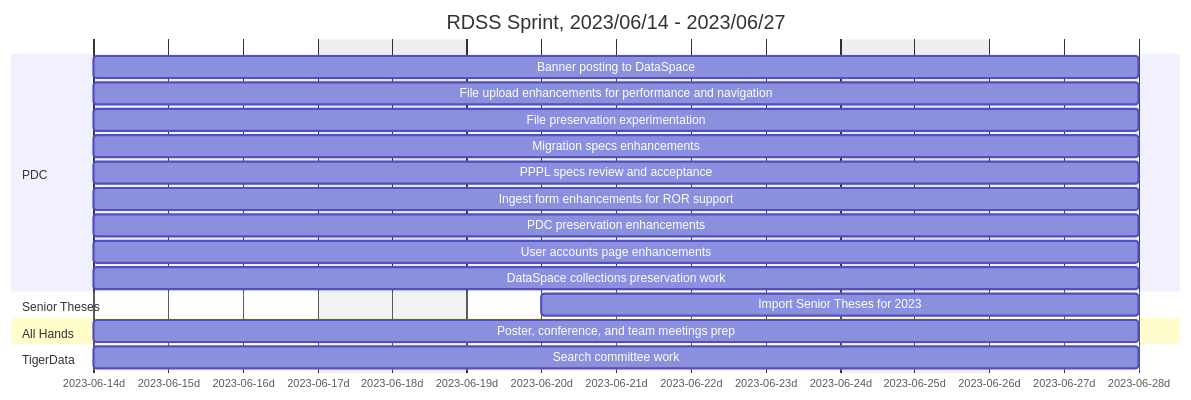
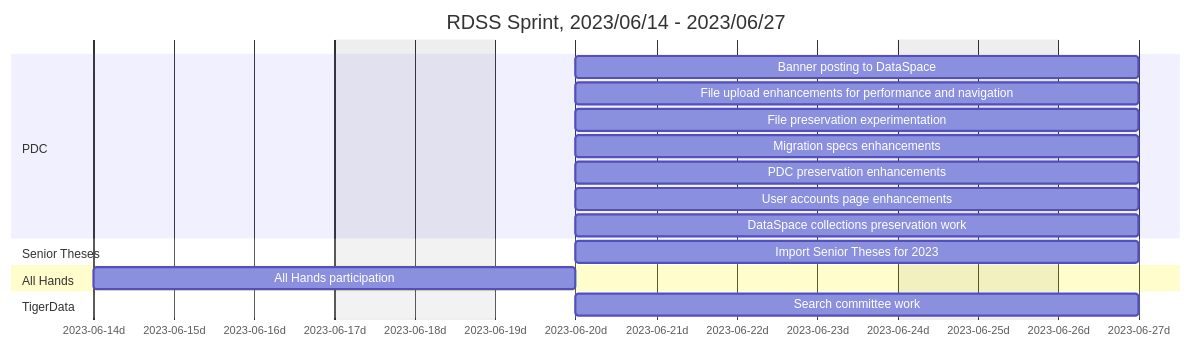
The third of 25 diagrams in roadmap.md (pulibrary/rdss-handbook), drawn with Mermaid before and after one commit. The commit also changed other lines of this file, not shown here.

````diff
--- a/roadmap.md
+++ b/roadmap.md
@@ -32,23 +59,21 @@
 ```mermaid
 gantt
     title RDSS Sprint, 2023/06/14 - 2023/06/27
     axisFormat  %Y-%m-%dd
     dateformat YYYY-MM-DD
     excludes weekends
     section PDC
-    Banner posting to DataSpace: pdc1, 2023-06-14, 10d
-    File upload enhancements for performance and navigation: pdc2, 2023-06-14, 10d
-    File preservation experimentation: pdc2, 2023-06-14, 10d
-    Migration specs enhancements: pdc3, 2023-06-14, 10d
-    PPPL specs review and acceptance: pdc3, 2023-06-14, 10d
-    Ingest form enhancements for ROR support: pdc1, 2023-06-14, 10d
-    PDC preservation enhancements: pdc1, 2023-06-14, 10d
-    User accounts page enhancements: pdc1, 2023-06-14, 10d
-    DataSpace collections preservation work: pdc1, 2023-06-14, 10d
+    Banner posting to DataSpace: pdc1, 2023-06-20, 5d
+    File upload enhancements for performance and navigation: pdc2, 2023-06-20, 5d
+    File preservation experimentation: pdc3, 2023-06-20, 5d
+    Migration specs enhancements: pdc4, 2023-06-20, 5d
+    PDC preservation enhancements: pdc6, 2023-06-20, 5d
+    User accounts page enhancements: pdc7, 2023-06-20, 5d
+    DataSpace collections preservation work: pdc1, 2023-06-20, 5d
     section Senior Theses
-    Import Senior Theses for 2023: st1, 2023-06-20, 6d
+    Import Senior Theses for 2023: st1, 2023-06-20, 5d
     section All Hands
-    Poster, conference, and team meetings prep: ah1, 2023-06-14, 10d
+    All Hands participation: ah1, 2023-06-14, 4d
     section TigerData
-    Search committee work: td1, 2023-06-14, 10d
+    Search committee work: td1, 2023-06-20, 5d
 ```
````
